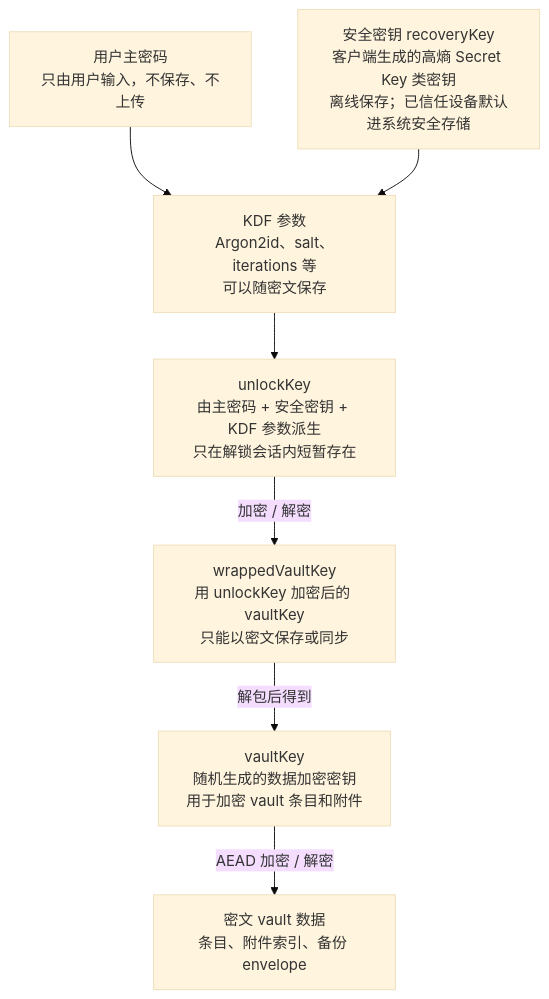
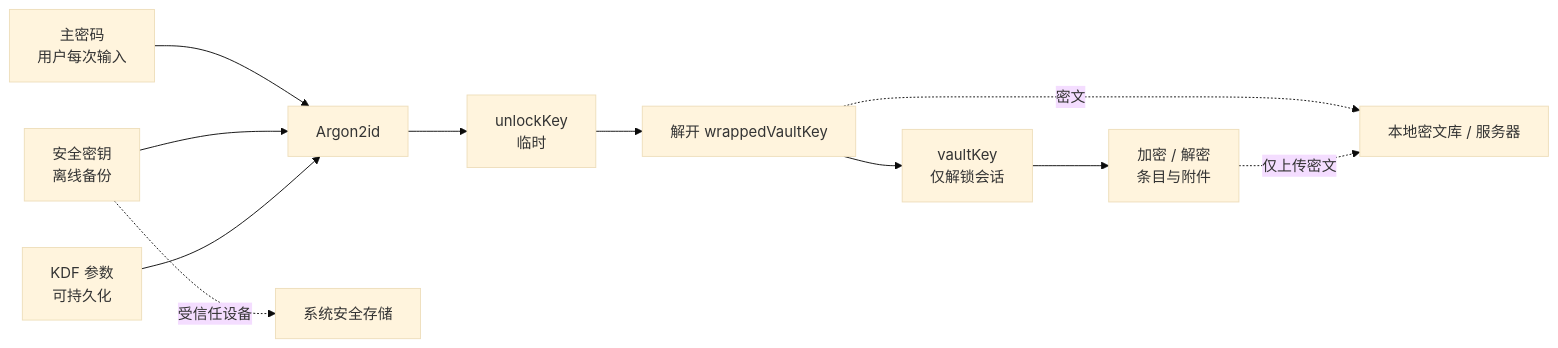
The first of 2 diagrams in docs/security-model.md (ftyszyx/lockpass-next), drawn with Mermaid (base theme) before and after one commit. The commit also changed other lines of this file and 66 other files, not shown here.

````diff
--- a/docs/security-model.md
+++ b/docs/security-model.md
@@ -26,17 +29,13 @@
 ```mermaid
-flowchart TD
-  password["用户主密码<br/>只由用户输入，不保存、不上传"]
-  recoveryKey["安全密钥 recoveryKey<br/>客户端生成的高熵 Secret Key 类密钥<br/>离线保存；已信任设备默认进系统安全存储"]
-  kdf["KDF 参数<br/>Argon2id、salt、iterations 等<br/>可以随密文保存"]
-  unlockKey["unlockKey<br/>由主密码 + 安全密钥 + KDF 参数派生<br/>只在解锁会话内短暂存在"]
-  vaultKey["vaultKey<br/>随机生成的数据加密密钥<br/>用于加密 vault 条目和附件"]
-  wrappedVaultKey["wrappedVaultKey<br/>用 unlockKey 加密后的 vaultKey<br/>只能以密文保存或同步"]
-  encryptedItems["密文 vault 数据<br/>条目、附件索引、备份 envelope"]
-
-  password --> kdf
-  recoveryKey --> kdf
-  kdf --> unlockKey
-  unlockKey -->|"加密 / 解密"| wrappedVaultKey
-  wrappedVaultKey -->|"解包后得到"| vaultKey
-  vaultKey -->|"AEAD 加密 / 解密"| encryptedItems
+flowchart LR
+  password["主密码<br/>用户每次输入"] --> kdf["Argon2id"]
+  secret["安全密钥<br/>离线备份"] --> kdf
+  params["KDF 参数<br/>可持久化"] --> kdf
+  secret -. "受信任设备" .-> secureStore["系统安全存储"]
+  kdf --> unlockKey["unlockKey<br/>临时"]
+  unlockKey --> wrapped["解开 wrappedVaultKey"]
+  wrapped --> vaultKey["vaultKey<br/>仅解锁会话"]
+  vaultKey --> encrypted["加密 / 解密<br/>条目与附件"]
+  wrapped -. "密文" .-> storage["本地密文库 / 服务器"]
+  encrypted -. "仅上传密文" .-> storage
 ```
````
